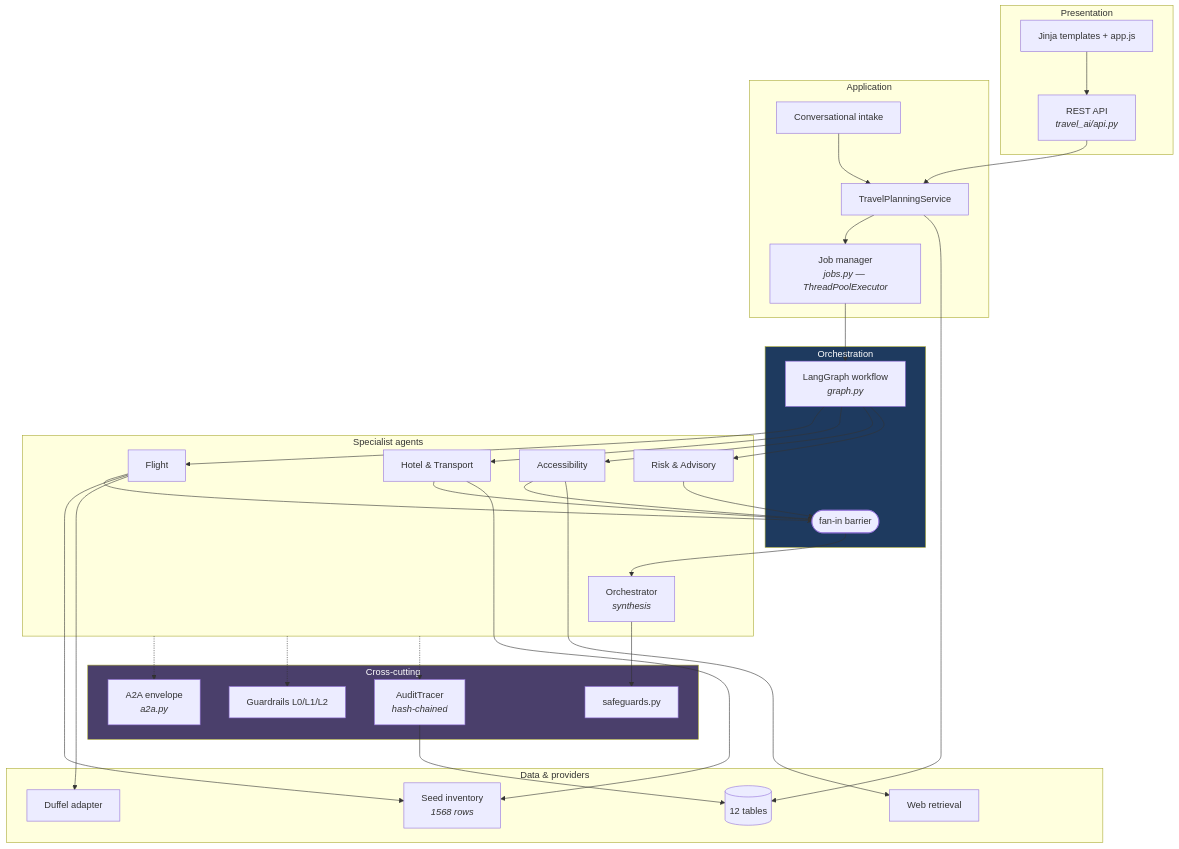
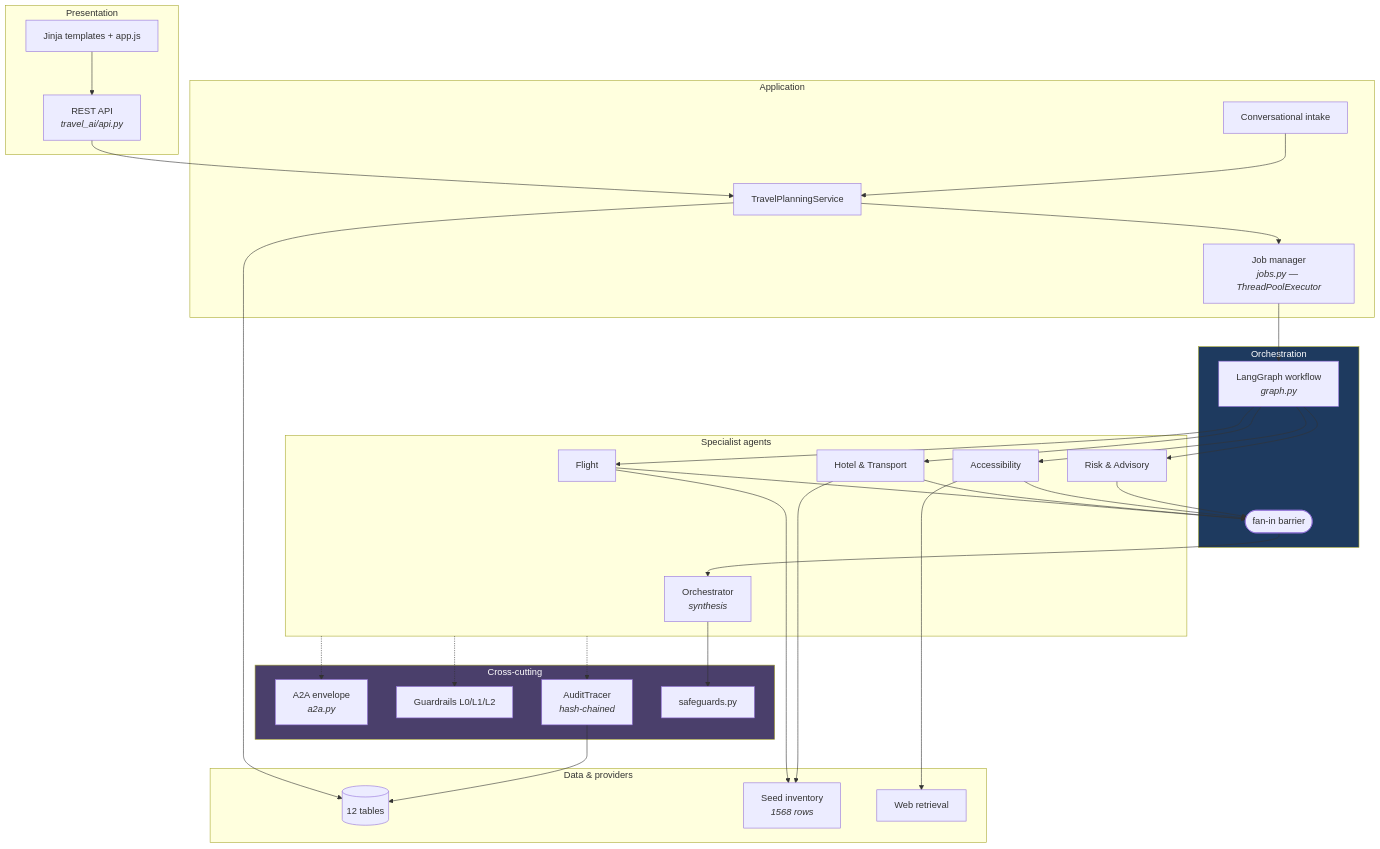
The second of 8 diagrams in docs/architecture.md (NUS-ISS-SWE5008-STACKABLE-2026-07-Team1/agentic-travel-planner), drawn with Mermaid before and after one commit. The commit also changed other lines of this file and 27 other files, not shown here.

````diff
--- a/docs/architecture.md
+++ b/docs/architecture.md
@@ -54,55 +53,54 @@
 ```mermaid
 graph TB
     subgraph PRES["Presentation"]
         UI["Jinja templates + app.js"]
         API["REST API<br/><i>travel_ai/api.py</i>"]
     end
 
     subgraph APP["Application"]
         SVC["TravelPlanningService"]
         JOBS["Job manager<br/><i>jobs.py — ThreadPoolExecutor</i>"]
         INTAKE["Conversational intake"]
     end
 
     subgraph ORCH["Orchestration"]
         GRAPH["LangGraph workflow<br/><i>graph.py</i>"]
         BARRIER(["fan-in barrier"])
     end
 
     subgraph AGENTS["Specialist agents"]
         FL["Flight"]
         HT["Hotel &amp; Transport"]
         AC["Accessibility"]
         RA["Risk &amp; Advisory"]
         OR["Orchestrator<br/><i>synthesis</i>"]
     end
 
     subgraph CROSS["Cross-cutting"]
         A2A["A2A envelope<br/><i>a2a.py</i>"]
         GR["Guardrails L0/L1/L2"]
         TR["AuditTracer<br/><i>hash-chained</i>"]
         SG["safeguards.py"]
     end
 
     subgraph DATA["Data & providers"]
         DB[("12 tables")]
         SEED["Seed inventory<br/><i>1568 rows</i>"]
-        DUFFEL["Duffel adapter"]
         RET["Web retrieval"]
     end
 
     UI --> API --> SVC --> JOBS --> GRAPH
     INTAKE --> SVC
     GRAPH --> FL & HT & AC & RA
     FL & HT & AC & RA --> BARRIER --> OR
-    FL --> SEED & DUFFEL
+    FL --> SEED
     HT --> SEED
     AC --> RET
     AGENTS -.-> A2A & GR & TR
     OR --> SG
     SVC --> DB
     TR --> DB
 
     style ORCH fill:#1e3a5f,color:#fff
     style CROSS fill:#4a3f6b,color:#fff
 ```
````
